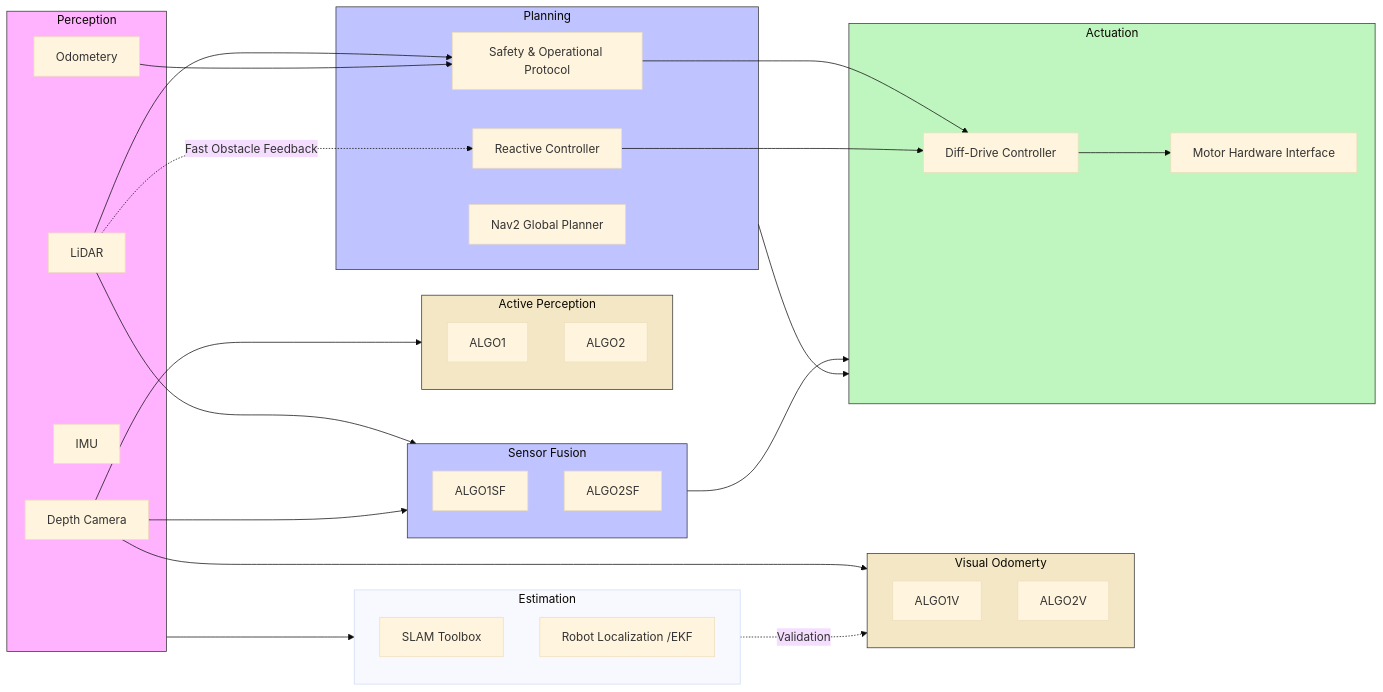
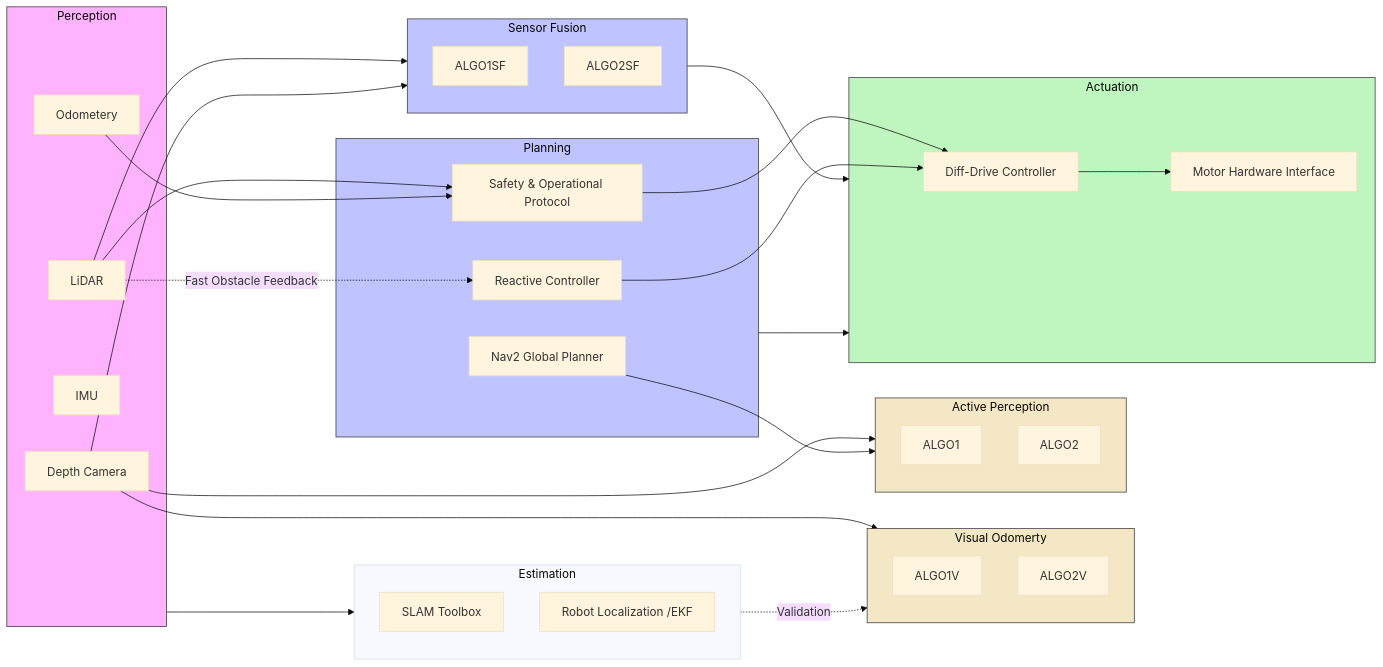
One commit to SeasonedLeo/RAS_Mobile_Robotics_Vision changed the diagram in project/report1.md. Above: the diagram before and after it, drawn with Mermaid (base theme). The commit also changed other lines of this file, not shown here.

Commit message:
Updated Mermaid

````diff
--- a/project/report1.md
+++ b/project/report1.md
@@ -90,75 +90,76 @@
 ```mermaid
 flowchart LR
   %% 3.1 Data Flow Diagram (Perception → Estimation → Planning → Actuation)
 
   subgraph P[Perception]
     SENS1[LiDAR]
     SENS3[Odometery]
     SENS4[IMU]
     SENS2[Depth Camera]
 
 
   end
 
 
 
  subgraph VO[Visual Odomerty]
     ALGO1V[ALGO1V]
     ALGO2V[ALGO2V]
   end
 
 
   subgraph AP[Active Perception]
     ALGO1[ALGO1]
     ALGO2[ALGO2]
   end
 
   subgraph SF[Sensor Fusion]
     ALGO1SF[ALGO1SF]
     ALGO2SF[ALGO2SF]
   end
 
    subgraph EST[Estimation]
     SLAM[SLAM Toolbox]
     EKF[Robot Localization /EKF]
   end
 
  
 
   subgraph PL[Planning]
     NAV2[Nav2 Global Planner]
     RC[Reactive Controller]
     SFT[Safety & Operational Protocol]
   end
 
   subgraph A[Actuation]
     DDC[Diff-Drive Controller]
     MHI[Motor Hardware Interface]
   end
 
   %% Main pipeline
   SENS1 --> SF
   SENS2-->AP
   SENS2 --> VO 
   SENS2 --> SF -->A
   SENS1 --> SFT--> DDC
   SENS3 -->SFT
   P -->EST
-  PL -->A
+  PL -->A 
+  NAV2 --> AP
 
   RC --> DDC --> MHI
 
   %% Fast obstacle feedback
   SENS1 -. "Fast Obstacle Feedback" .-> RC
   EST -. "Validation" .-> VO
  
 
 
   %% Node colors (fill, border, border width)
   style P fill:#ffb3ff,stroke:#333,stroke-width:1px
   style VO fill:#f3e7c6,stroke:#333,stroke-width:1px
   style AP  fill:#f3e7c6,stroke:#333,stroke-width:1px
   style SF   fill:#bfc3ff,stroke:#333,stroke-width:1px
   style PL   fill:#bfc3ff,stroke:#333,stroke-width:1px
   style A  fill:#bff5bf,stroke:#333,stroke-width:1px
 ``` 
````
